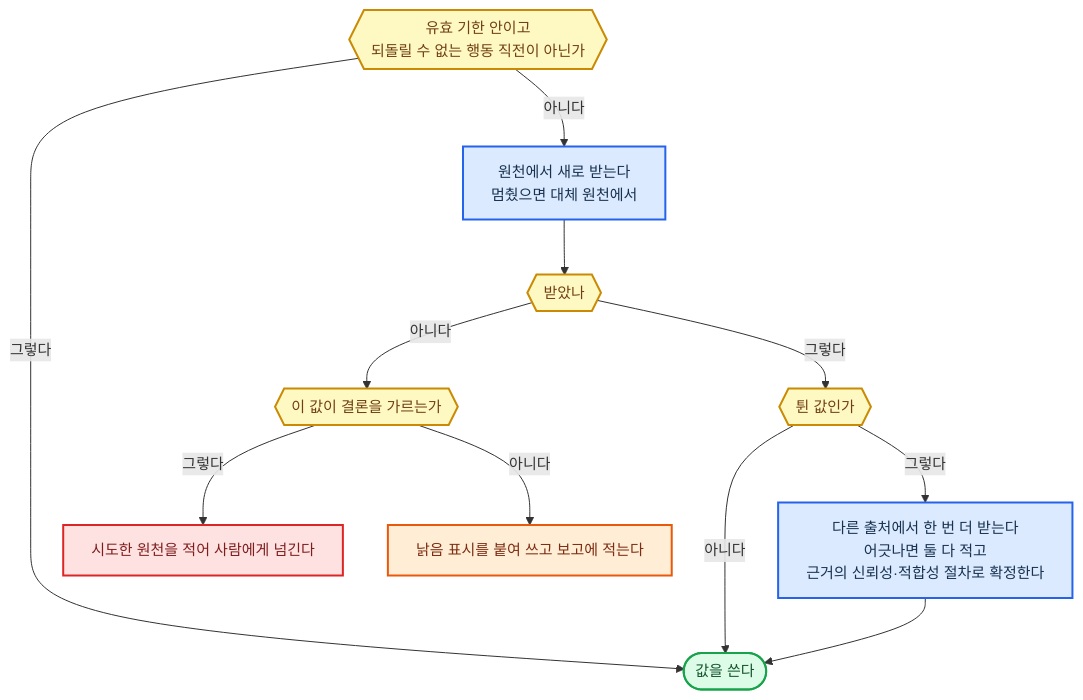
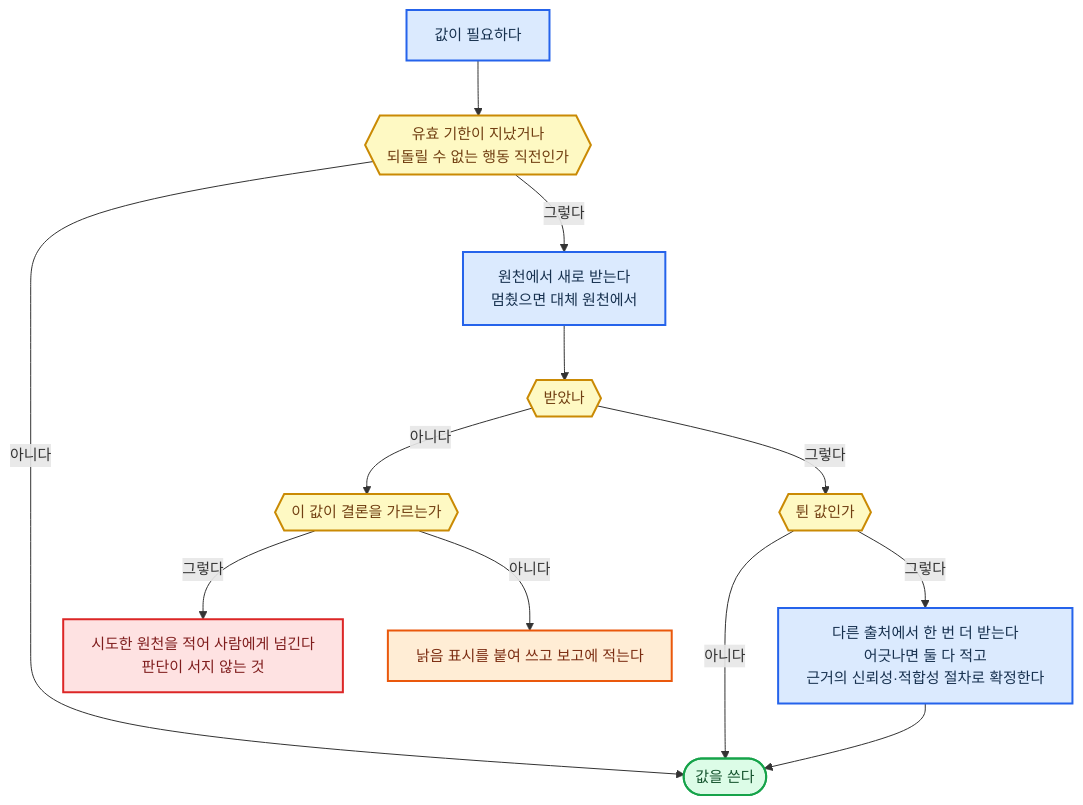
Before and after one commit to harisbaguette/expert: the fifth of 26 diagrams in 전문가 에이전트 정의 2.md, drawn with Mermaid. The commit also changed other lines of this file and 7 other files, not shown here.

````diff
--- a/전문가 에이전트 정의 2.md
+++ b/전문가 에이전트 정의 2.md
@@ -678,17 +779,18 @@
 ```mermaid
 %%{init: {"flowchart": {"wrappingWidth": 640, "curve": "basis", "nodeSpacing": 45, "rankSpacing": 55, "padding": 14, "useMaxWidth": true}, "themeVariables": {"fontSize": "15px"}} }%%
 flowchart TB
     classDef main fill:#dbeafe,stroke:#2563eb,stroke-width:2px,color:#17314f
     classDef stop fill:#fee2e2,stroke:#dc2626,stroke-width:2px,color:#7f1d1d
     classDef back fill:#ffedd5,stroke:#ea580c,stroke-width:2px,color:#7c2d12
     classDef good fill:#dcfce7,stroke:#16a34a,stroke-width:2px,color:#14532d
     classDef note fill:#fef9c3,stroke:#ca8a04,stroke-width:2px,color:#713f12
-    F{{"유효 기한 안이고<br/>되돌릴 수 없는 행동 직전이 아닌가"}}:::note -- "그렇다" --> U(["값을 쓴다"]):::good
-    F -- "아니다" --> R["원천에서 새로 받는다<br/>멈췄으면 대체 원천에서"]:::main --> G{{"받았나"}}:::note
+    N["값이 필요하다"]:::main --> F{{"유효 기한이 지났거나<br/>되돌릴 수 없는 행동 직전인가"}}:::note
+    F -- "아니다" --> U(["값을 쓴다"]):::good
+    F -- "그렇다" --> R["원천에서 새로 받는다<br/>멈췄으면 대체 원천에서"]:::main --> G{{"받았나"}}:::note
     G -- "그렇다" --> J{{"튄 값인가"}}:::note
     J -- "아니다" --> U
     J -- "그렇다" --> T["다른 출처에서 한 번 더 받는다<br/>어긋나면 둘 다 적고<br/>근거의 신뢰성·적합성 절차로 확정한다"]:::main --> U
     G -- "아니다" --> D{{"이 값이 결론을 가르는가"}}:::note
-    D -- "그렇다" --> H["시도한 원천을 적어 사람에게 넘긴다"]:::stop
+    D -- "그렇다" --> H["시도한 원천을 적어 사람에게 넘긴다<br/>판단이 서지 않는 것"]:::stop
     D -- "아니다" --> S["낡음 표시를 붙여 쓰고 보고에 적는다"]:::back
 ```
````
